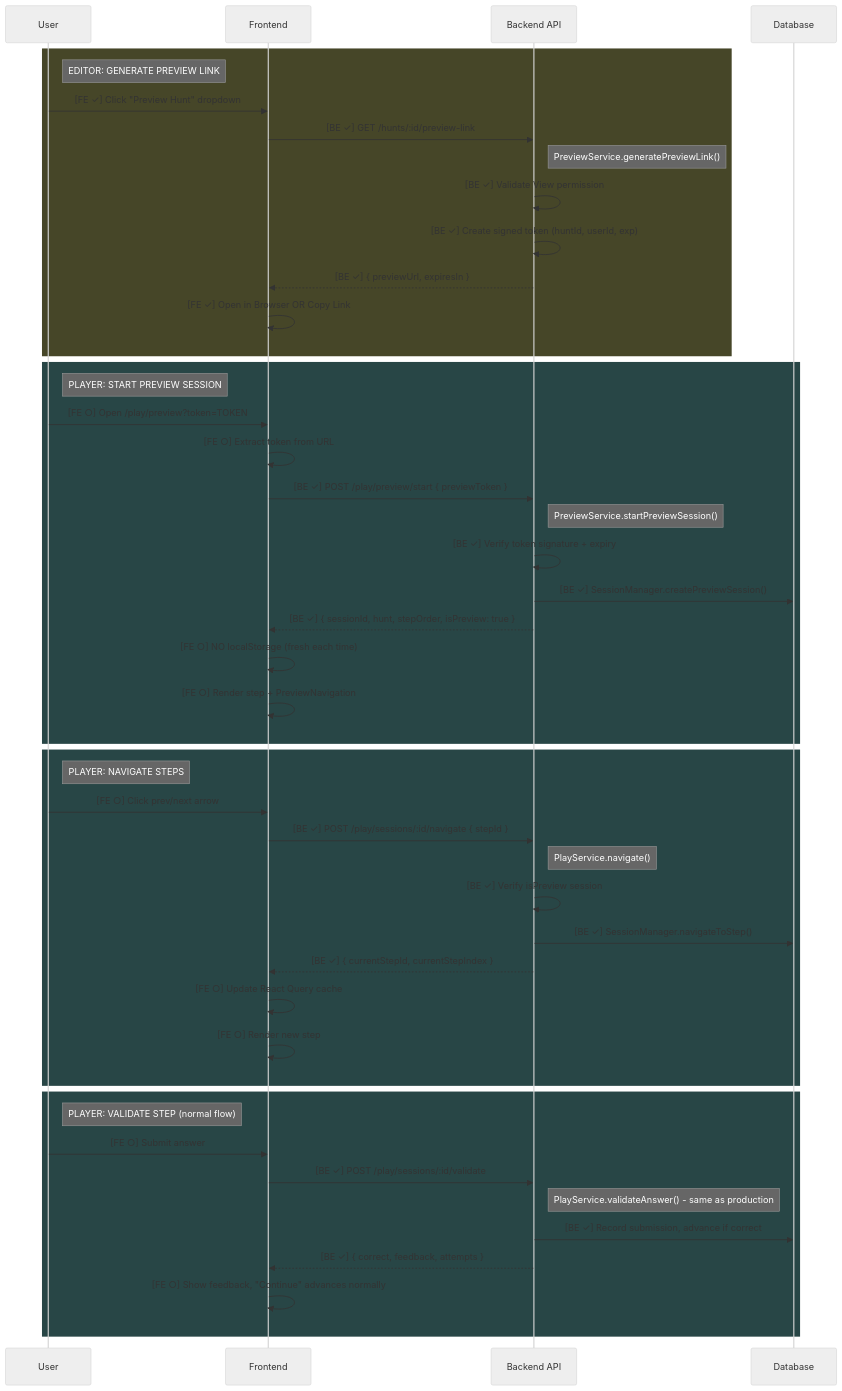
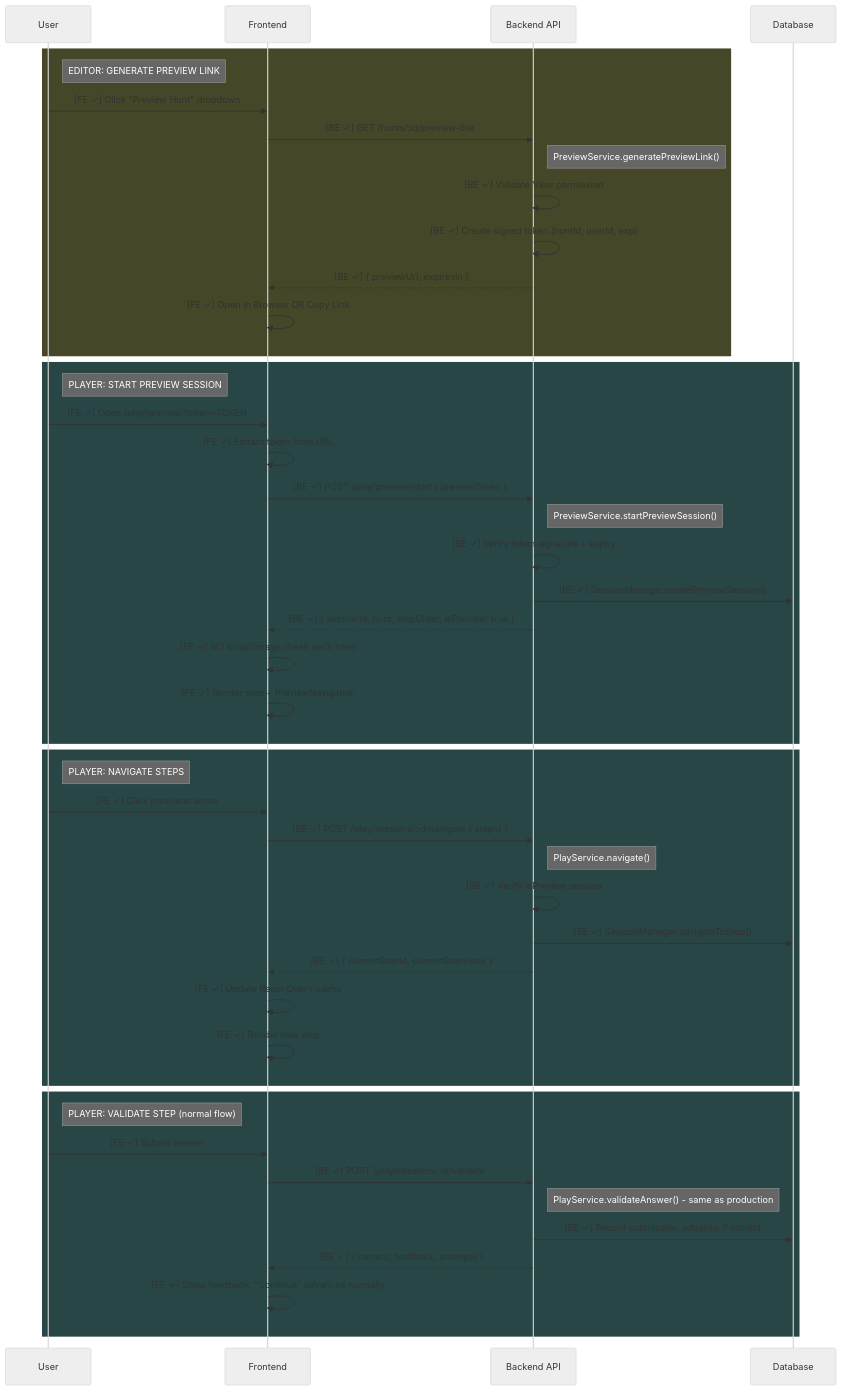
The first of 2 diagrams in .claude/features/author-preview.md (catalinleca/HuntHub), drawn with Mermaid (neutral theme) before and after one commit. The commit also changed other lines of this file and 21 other files, not shown here.

````diff
--- a/.claude/features/author-preview.md
+++ b/.claude/features/author-preview.md
@@ -43,53 +45,53 @@
 ```mermaid
 sequenceDiagram
     participant U as User
     participant FE as Frontend
     participant API as Backend API
     participant DB as Database
 
     rect rgb(70, 70, 40)
     Note right of U: EDITOR: GENERATE PREVIEW LINK
     U->>FE: [FE ✓] Click "Preview Hunt" dropdown
     FE->>API: [BE ✓] GET /hunts/:id/preview-link
     Note right of API: PreviewService.generatePreviewLink()
     API->>API: [BE ✓] Validate View permission
     API->>API: [BE ✓] Create signed token (huntId, userId, exp)
     API-->>FE: [BE ✓] { previewUrl, expiresIn }
     FE->>FE: [FE ✓] Open in Browser OR Copy Link
     end
 
     rect rgb(40, 70, 70)
     Note right of U: PLAYER: START PREVIEW SESSION
-    U->>FE: [FE ○] Open /play/preview?token=TOKEN
-    FE->>FE: [FE ○] Extract token from URL
+    U->>FE: [FE ✓] Open /play/preview?token=TOKEN
+    FE->>FE: [FE ✓] Extract token from URL
     FE->>API: [BE ✓] POST /play/preview/start { previewToken }
     Note right of API: PreviewService.startPreviewSession()
     API->>API: [BE ✓] Verify token signature + expiry
     API->>DB: [BE ✓] SessionManager.createPreviewSession()
     API-->>FE: [BE ✓] { sessionId, hunt, stepOrder, isPreview: true }
-    FE->>FE: [FE ○] NO localStorage (fresh each time)
-    FE->>FE: [FE ○] Render step + PreviewNavigation
+    FE->>FE: [FE ✓] NO localStorage (fresh each time)
+    FE->>FE: [FE ✓] Render step + PreviewNavigation
     end
 
     rect rgb(40, 70, 70)
     Note right of U: PLAYER: NAVIGATE STEPS
-    U->>FE: [FE ○] Click prev/next arrow
+    U->>FE: [FE ✓] Click prev/next arrow
     FE->>API: [BE ✓] POST /play/sessions/:id/navigate { stepId }
     Note right of API: PlayService.navigate()
     API->>API: [BE ✓] Verify isPreview session
     API->>DB: [BE ✓] SessionManager.navigateToStep()
     API-->>FE: [BE ✓] { currentStepId, currentStepIndex }
-    FE->>FE: [FE ○] Update React Query cache
-    FE->>FE: [FE ○] Render new step
+    FE->>FE: [FE ✓] Update React Query cache
+    FE->>FE: [FE ✓] Render new step
     end
 
     rect rgb(40, 70, 70)
     Note right of U: PLAYER: VALIDATE STEP (normal flow)
-    U->>FE: [FE ○] Submit answer
+    U->>FE: [FE ✓] Submit answer
     FE->>API: [BE ✓] POST /play/sessions/:id/validate
     Note right of API: PlayService.validateAnswer() - same as production
     API->>DB: [BE ✓] Record submission, advance if correct
     API-->>FE: [BE ✓] { correct, feedback, attempts }
-    FE->>FE: [FE ○] Show feedback, "Continue" advances normally
+    FE->>FE: [FE ✓] Show feedback, "Continue" advances normally
     end
 ```
````
